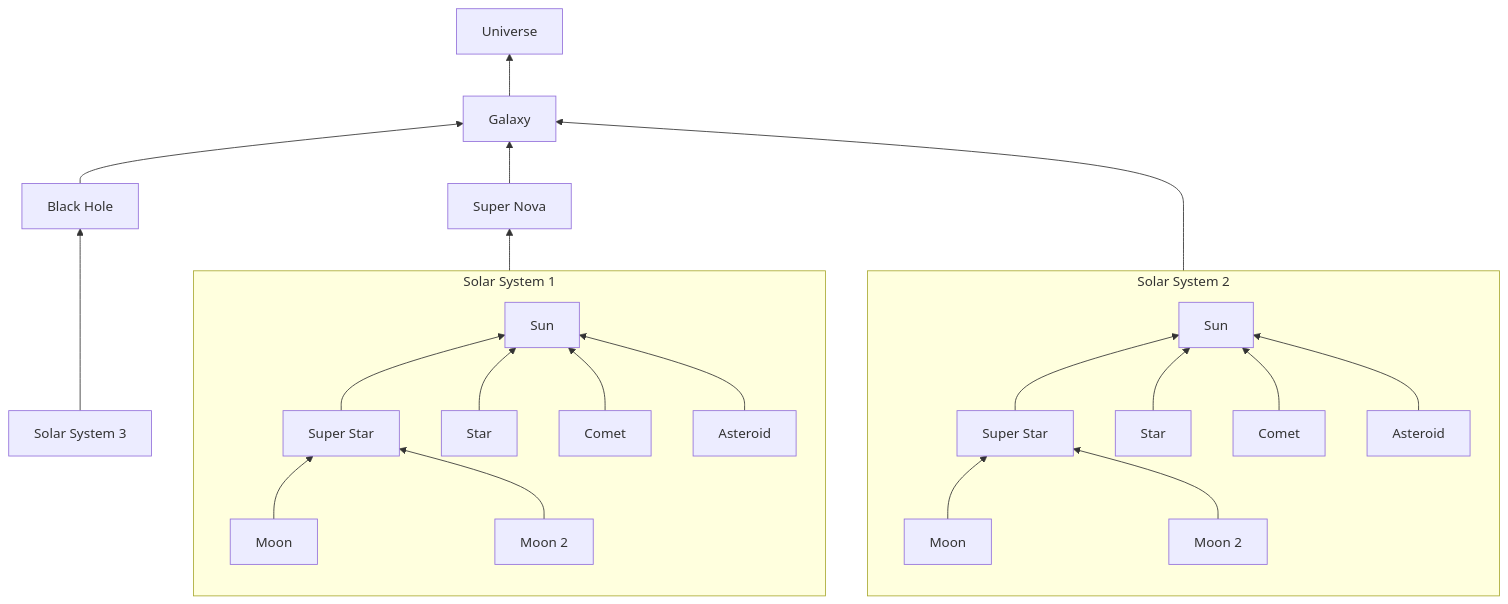
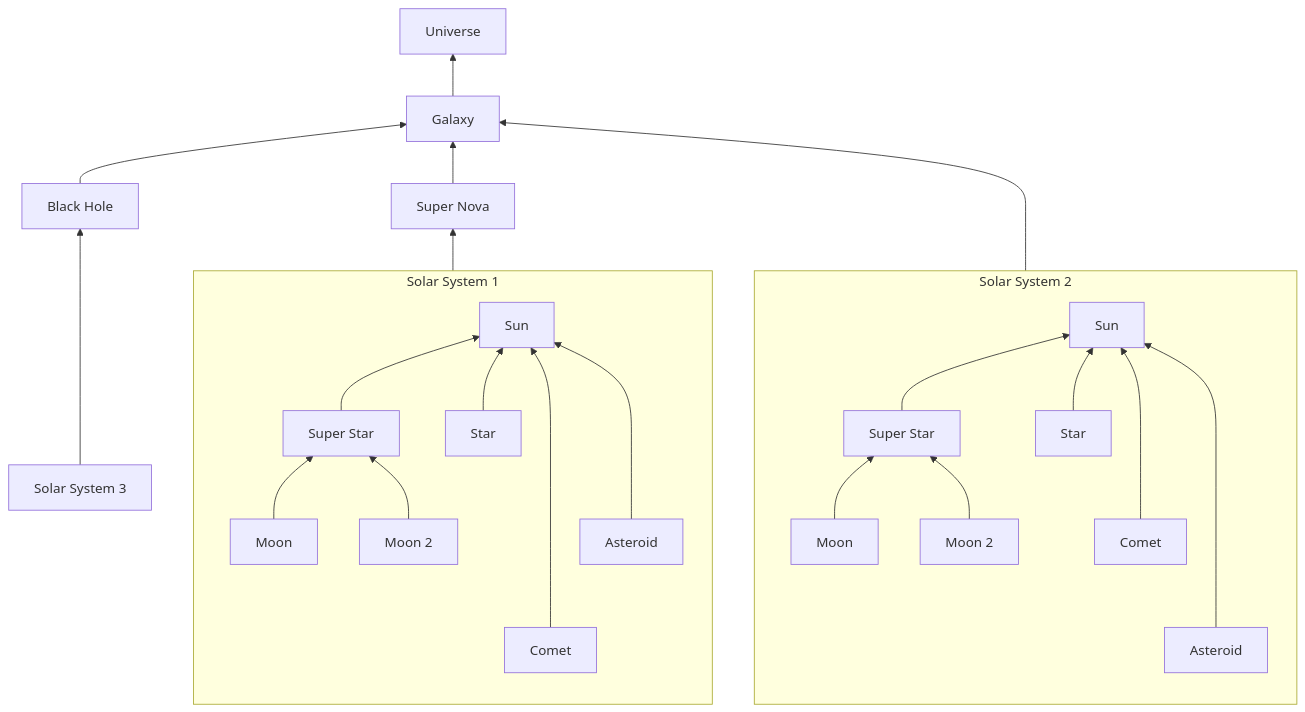
The first of 2 diagrams in README.md (bjornmage/BUF), drawn with Mermaid before and after one commit. The commit also changed other lines of this file, not shown here.

````diff
--- a/README.md
+++ b/README.md
@@ -27,29 +27,29 @@
 ```mermaid 
 graph BT
 B[Galaxy]-->A[Universe]
 C[Black Hole]-->B[Galaxy]
 D[Super Nova]-->B[Galaxy]
 E[Solar System 1]-->D[Super Nova]
 M[Solar System 2]--->B[Galaxy]
 Z[Solar System 3]-->C[Black Hole]
 
 subgraph E[Solar System 1]
 direction BT
 G[Super Star]-->F[Sun]
 H[Star]-->F[Sun]
 I[Moon]-->G[Super Star]
 J[Moon 2]-->G[Super Star]
-K[Comet]-->F[Sun]
-L[Asteroid]-->F[Sun]
+K[Comet]---->F[Sun]
+L[Asteroid]--->F[Sun]
 end
 
 subgraph M[Solar System 2]
 direction BT
 O[Super Star]-->N[Sun]
 P[Star]-->N[Sun]
 Q[Moon]-->O[Super Star]
 R[Moon 2]-->O[Super Star]
-S[Comet]-->N[Sun]
-T[Asteroid]-->N[Sun]
+S[Comet]--->N[Sun]
+T[Asteroid]---->N[Sun]
 end
 ```
````
